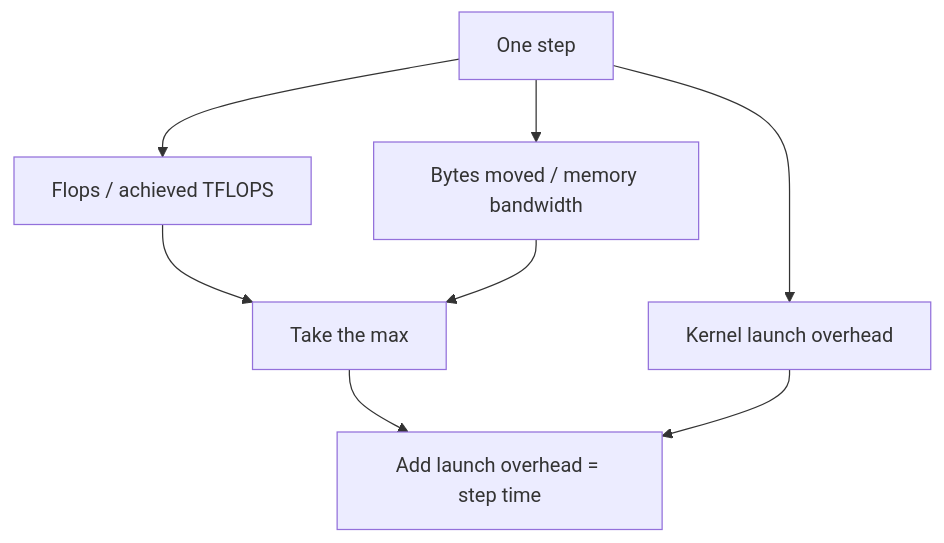
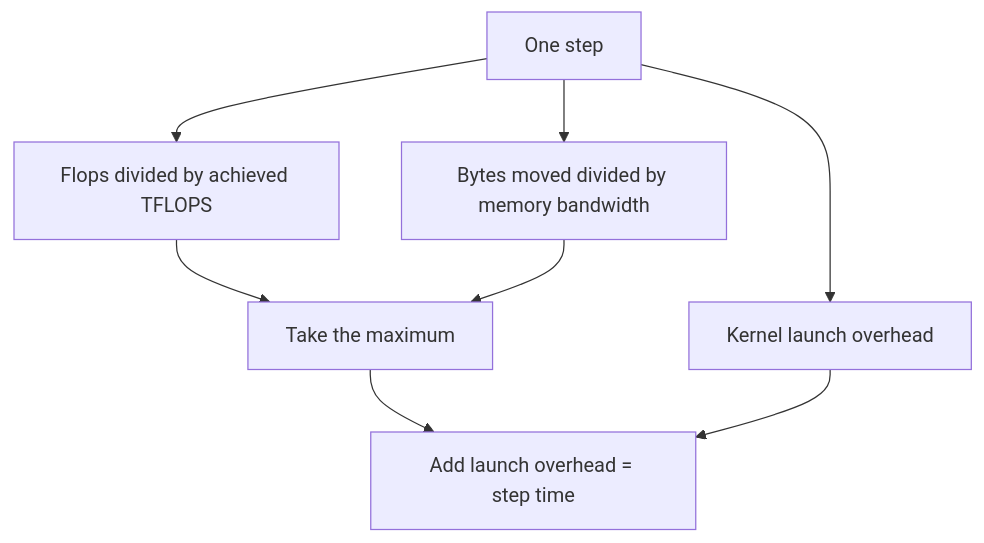
The third of 4 diagrams in README.md (CharafeddineMechalikh/Docket), drawn with Mermaid before and after one commit. The commit also changed other lines of this file and 50 other files, not shown here.

````diff
--- a/README.md
+++ b/README.md
@@ -149,10 +250,10 @@
 ```mermaid
 flowchart TD
-  S[One step] --> F[Flops / achieved TFLOPS]
-  S --> M[Bytes moved / memory bandwidth]
+  S[One step] --> F[Flops divided by achieved TFLOPS]
+  S --> M[Bytes moved divided by memory bandwidth]
   S --> O[Kernel launch overhead]
-  F --> X[Take the max]
+  F --> X[Take the maximum]
   M --> X
   X --> T[Add launch overhead = step time]
   O --> T
 ```
````
